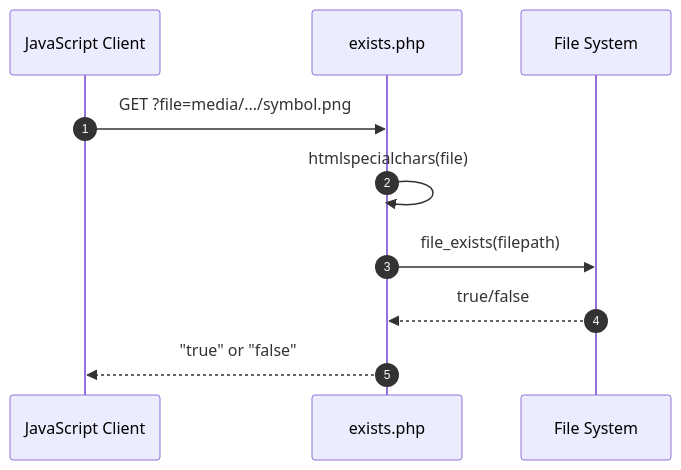
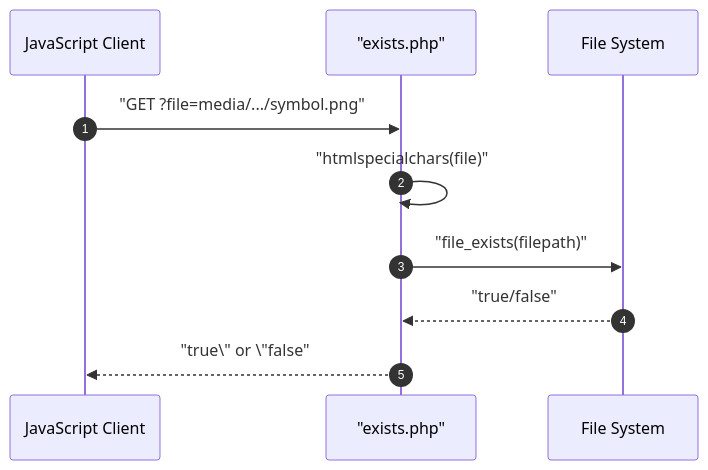
One commit to pauljrhodes/ramblers-library changed the second of 3 diagrams in media/gpxsymbols/HLD.md. Above: the diagram before and after it, drawn with Mermaid. The commit also changed other lines of this file and 33 other files, not shown here.

Commit message:
Normalize Mermaid diagrams for GitHub rendering

````diff
--- a/media/gpxsymbols/HLD.md
+++ b/media/gpxsymbols/HLD.md
@@ -69,13 +69,13 @@
 ```mermaid
 sequenceDiagram
     autonumber
     participant Client as JavaScript Client
-    participant Exists as exists.php
+    participant Exists as "exists.php"
     participant FileSystem as File System
 
-    Client->>Exists: GET ?file=media/.../symbol.png
-    Exists->>Exists: htmlspecialchars(file)
-    Exists->>FileSystem: file_exists(filepath)
-    FileSystem-->>Exists: true/false
-    Exists-->>Client: "true" or "false"
+    Client->>Exists: "GET ?file=media/.../symbol.png"
+    Exists->>Exists: "htmlspecialchars(file)"
+    Exists->>FileSystem: "file_exists(filepath)"
+    FileSystem-->>Exists: "true/false"
+    Exists-->>Client: "true\" or \"false"
 ```
````
